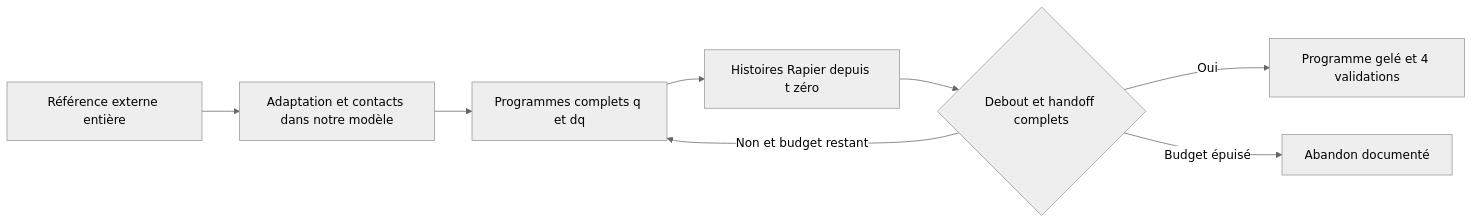
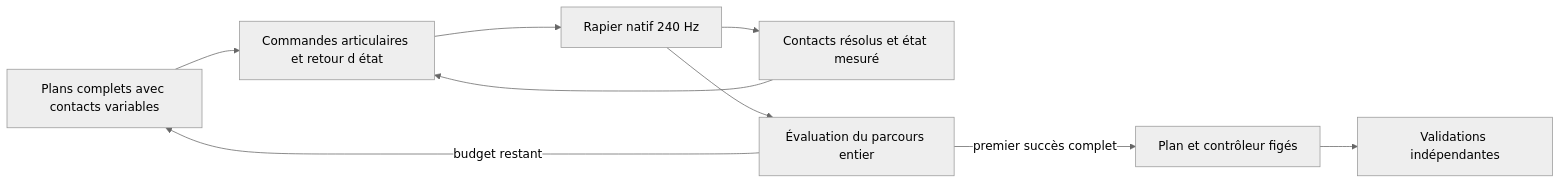
One commit to berenif/LaboratoireHumain changed the diagram in docs/rust-recovery-architecture-decision-2026-10-11.md. Above: the diagram before and after it, drawn with Mermaid (neutral theme). The commit also changed other lines of this file and 1 other file, not shown here.

````diff
--- a/docs/rust-recovery-architecture-decision-2026-10-11.md
+++ b/docs/rust-recovery-architecture-decision-2026-10-11.md
@@ -116,10 +70,11 @@
 ```mermaid
 flowchart LR
-    A[Référence externe entière] --> B[Adaptation et contacts dans notre modèle]
-    B --> C[Programmes complets q et dq]
-    C --> D[Histoires Rapier depuis t zéro]
-    D --> E{Debout et handoff complets}
-    E -->|Oui| F[Programme gelé et 4 validations]
-    E -->|Non et budget restant| C
-    E -->|Budget épuisé| G[Abandon documenté]
+    A[Plans complets avec contacts variables] --> B[Commandes articulaires et retour d état]
+    B --> C[Rapier natif 240 Hz]
+    C --> D[Contacts résolus et état mesuré]
+    D --> B
+    C --> E[Évaluation du parcours entier]
+    E -->|budget restant| A
+    E -->|premier succès complet| F[Plan et contrôleur figés]
+    F --> G[Validations indépendantes]
 ```
````
